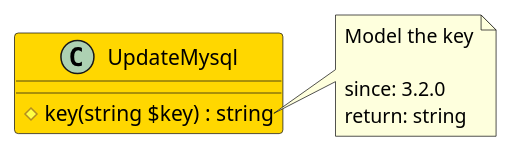
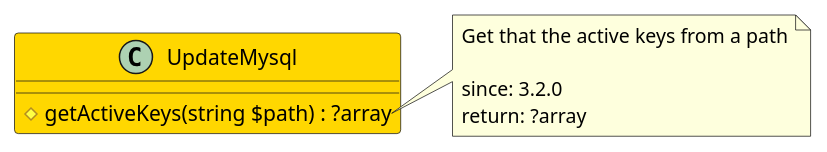
One commit to joomengine/jcb-compiler changed the diagram in src/2b5c9989-1d4e-4f59-8b95-5cd2f72f82d9/README.md. Above: the diagram before and after it, drawn with PlantUML. The commit also changed other lines of this file and 272 other files, not shown here.

````diff
--- a/src/2b5c9989-1d4e-4f59-8b95-5cd2f72f82d9/README.md
+++ b/src/2b5c9989-1d4e-4f59-8b95-5cd2f72f82d9/README.md
@@ -12,15 +12,15 @@
 ```uml
 @startuml
 class UpdateMysql  #Gold {
-  # key(string $key) : string
+  # getActiveKeys(string $path) : ?array
 }
 
-note right of UpdateMysql::key
-  Model the key
+note right of UpdateMysql::getActiveKeys
+  Get that the active keys from a path
 
   since: 3.2.0
-  return: string
+  return: ?array
 end note
  
 @enduml
 ```
````
